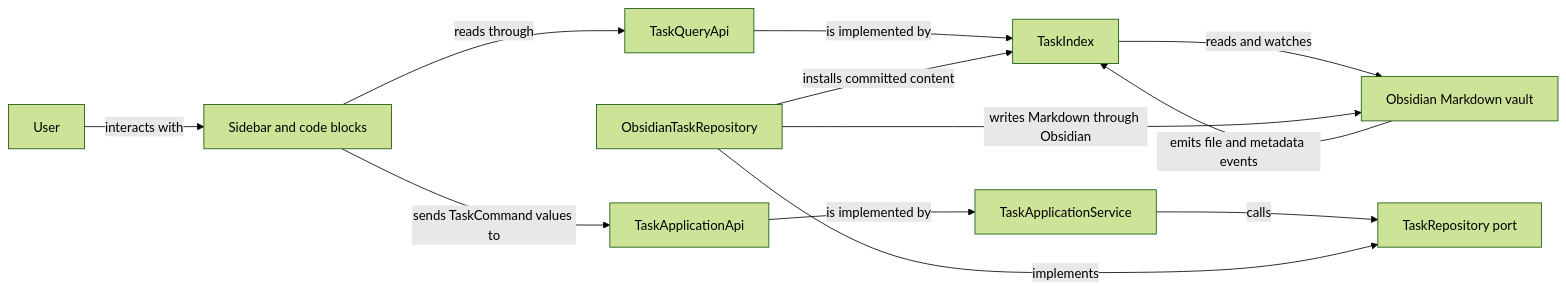
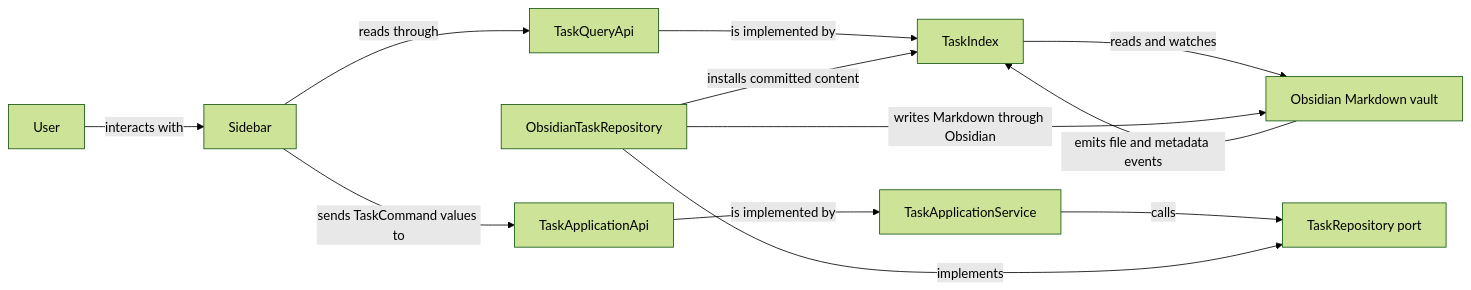
One commit to flowing-abyss/obsidian-abyss-tasks changed the diagram in ARCHITECTURE.md. Above: the diagram before and after it, drawn with Mermaid (forest theme). The commit also changed other lines of this file and 82 other files, not shown here.

````diff
--- a/ARCHITECTURE.md
+++ b/ARCHITECTURE.md
@@ -13,14 +12,14 @@
 ```mermaid
 flowchart LR
-  Person[User] -->|interacts with| UI[Sidebar and code blocks]
+  Person[User] -->|interacts with| UI[Sidebar]
   UI -->|reads through| Query[TaskQueryApi]
   Query -->|is implemented by| Index[TaskIndex]
   Index -->|reads and watches| Vault[Obsidian Markdown vault]
   Vault -->|emits file and metadata events| Index
   UI -->|sends TaskCommand values to| Commands[TaskApplicationApi]
   Commands -->|is implemented by| Service[TaskApplicationService]
   Service -->|calls| Port[TaskRepository port]
   Repository[ObsidianTaskRepository] -->|implements| Port
   Repository -->|writes Markdown through Obsidian| Vault
   Repository -->|installs committed content| Index
 ```
````
